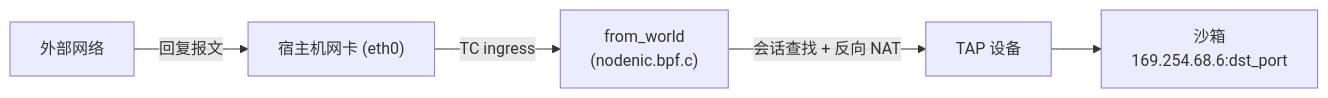
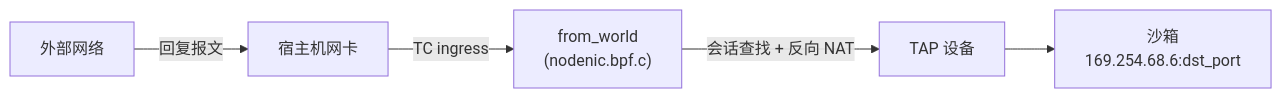
One commit to TencentCloud/CubeSandbox changed the second of 4 diagrams in docs/zh/architecture/network.md. Above: the diagram before and after it, drawn with Mermaid. The commit also changed other lines of this file and 1 other file, not shown here.

First line of the commit message:
docs(network): Revise CubeVS architecture doc to match current implementation

````diff
--- a/docs/zh/architecture/network.md
+++ b/docs/zh/architecture/network.md
@@ -91,7 +89,7 @@
 ```mermaid
 graph LR
-    A["外部网络"] -->|回复报文| B["宿主机网卡 (eth0)"]
+    A["外部网络"] -->|回复报文| B["宿主机网卡"]
     B -->|TC ingress| C["from_world<br/>(nodenic.bpf.c)"]
     C -->|会话查找 + 反向 NAT| D["TAP 设备"]
     D --> E["沙箱<br/>169.254.68.6:dst_port"]
 ```
````
